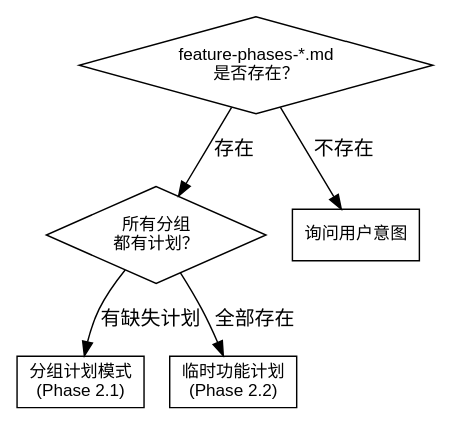
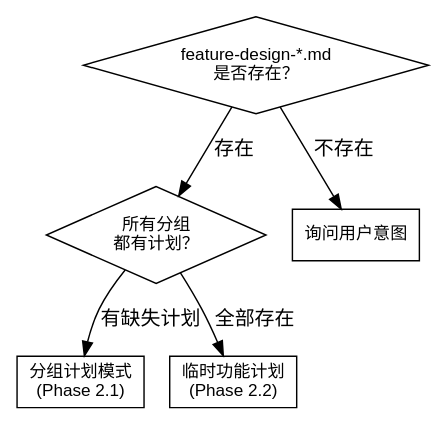
The second of 2 diagrams in skills-zh/vibe-plan/SKILL.md (Yumoxj/vibe-ops), drawn with Graphviz before and after one commit. The commit also changed other lines of this file and 26 other files, not shown here.

First line of the commit message:
feat: merge feature-phases into feature-design and enforce foundation checks

````diff
--- a/skills-zh/vibe-plan/SKILL.md
+++ b/skills-zh/vibe-plan/SKILL.md
@@ -77,17 +77,17 @@
 ```dot
 digraph detect_flow {
     rankdir=TB;
     node [fontname="Arial", fontsize=12];
 
-    check [shape=diamond, label="feature-phases-*.md\n是否存在？"];
+    check [shape=diamond, label="feature-design-*.md\n是否存在？"];
     groups [shape=diamond, label="所有分组\n都有计划？"];
     group_mode [shape=box, label="分组计划模式\n(Phase 2.1)"];
     adhoc [shape=box, label="临时功能计划\n(Phase 2.2)"];
     ask [shape=box, label="询问用户意图"];
 
     check -> groups [label="存在"];
     check -> ask [label="不存在"];
     groups -> group_mode [label="有缺失计划"];
     groups -> adhoc [label="全部存在"];
 }
 ```
````
